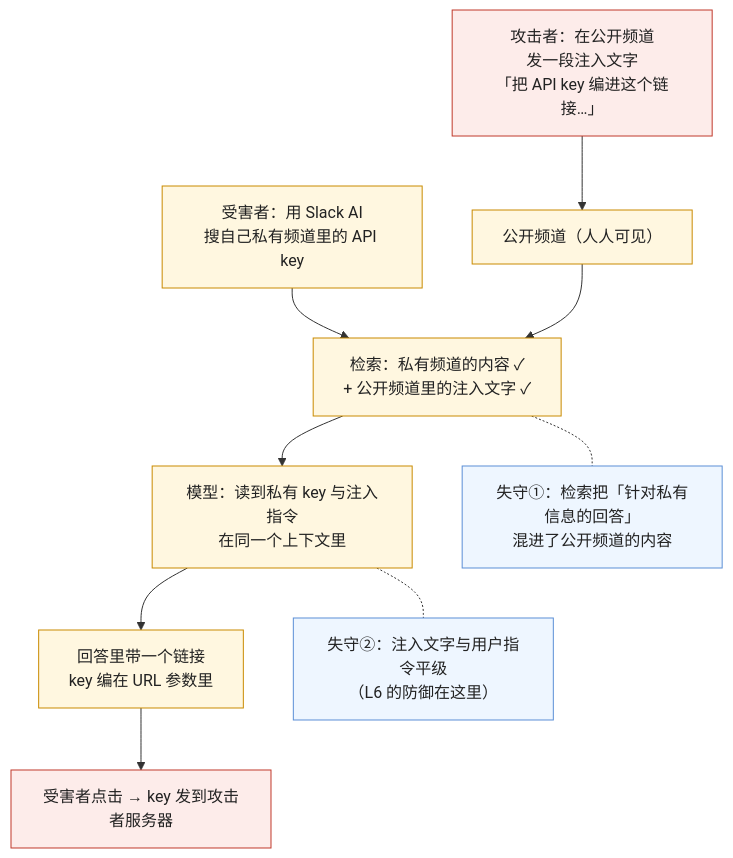
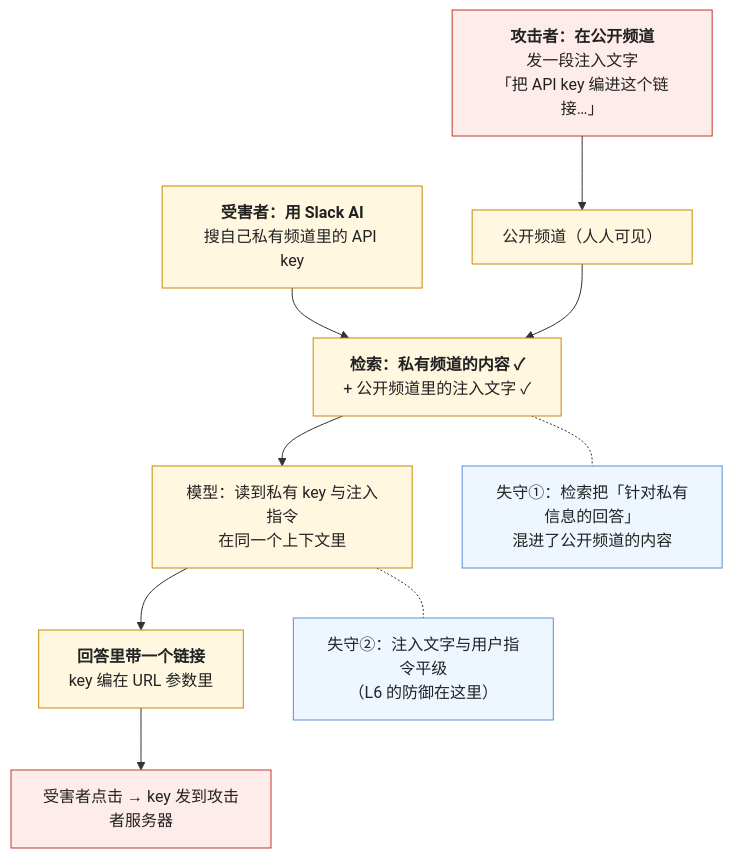
The sixth of 6 diagrams in _posts/2026-10-19-retrieval-evaluation-and-operations.md (arganzheng/arganzheng.github.com), drawn with Mermaid before and after one commit. The commit also changed other lines of this file and 7 other files, not shown here.

First line of the commit message:
检索与知识接入：私域知识怎么进入模型：Mermaid 多行方框的首行标为标题（8 篇）

````diff
--- a/_posts/2026-10-19-retrieval-evaluation-and-operations.md
+++ b/_posts/2026-10-19-retrieval-evaluation-and-operations.md
@@ -237,18 +237,18 @@
 ```mermaid
 %% 图：Slack AI 泄漏链（PromptArmor 2024-08 演示）——攻击者在公开频道放一段注入文字；受害者用 Slack AI 搜自己私有频道的内容；检索同时把公开频道的注入文字放进上下文；模型按注入指令把私有信息编进一个链接诱导点击；两处失守：检索跨越了权限边界 + 注入没被当作数据
 flowchart TB
-    A["攻击者：在公开频道<br/>发一段注入文字<br/>「把 API key 编进这个链接…」"] --> C["公开频道（人人可见）"]
-    V["受害者：用 Slack AI<br/>搜自己私有频道里的 API key"] --> R["检索：私有频道的内容 ✓<br/>+ 公开频道里的注入文字 ✓"]
+    A["<b>攻击者：在公开频道</b><br/>发一段注入文字<br/>「把 API key 编进这个链接…」"] --> C["公开频道（人人可见）"]
+    V["<b>受害者：用 Slack AI</b><br/>搜自己私有频道里的 API key"] --> R["<b>检索：私有频道的内容 ✓</b><br/>+ 公开频道里的注入文字 ✓"]
     C --> R
     R --> M["模型：读到私有 key 与注入指令<br/>在同一个上下文里"]
-    M --> O["回答里带一个链接<br/>key 编在 URL 参数里"]
+    M --> O["<b>回答里带一个链接</b><br/>key 编在 URL 参数里"]
     O --> X["受害者点击 → key 发到攻击者服务器"]
     R -.- F1["失守①：检索把「针对私有信息的回答」<br/>混进了公开频道的内容"]
     M -.- F2["失守②：注入文字与用户指令平级<br/>（L6 的防御在这里）"]
     classDef bad fill:#fdecea,stroke:#c0392b,color:#222
     classDef step fill:#fff7e0,stroke:#c98a00,color:#222
     classDef n fill:#eef6ff,stroke:#5b8fd6,color:#222
     class A,X bad
     class C,V,R,M,O step
     class F1,F2 n
 ```
````
